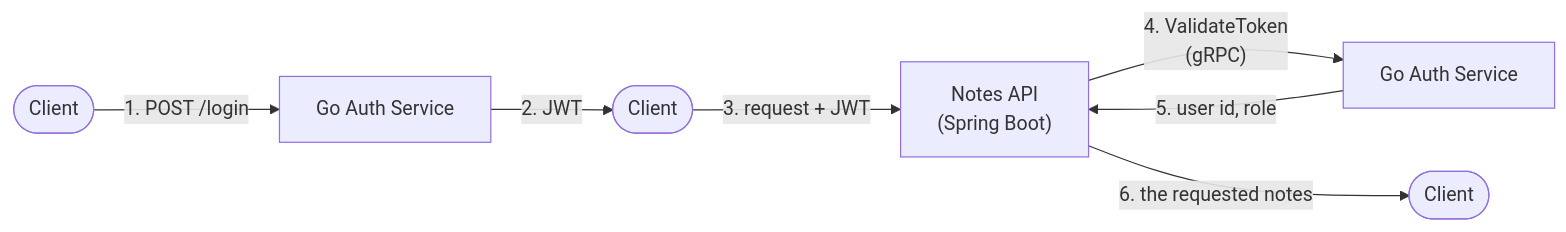
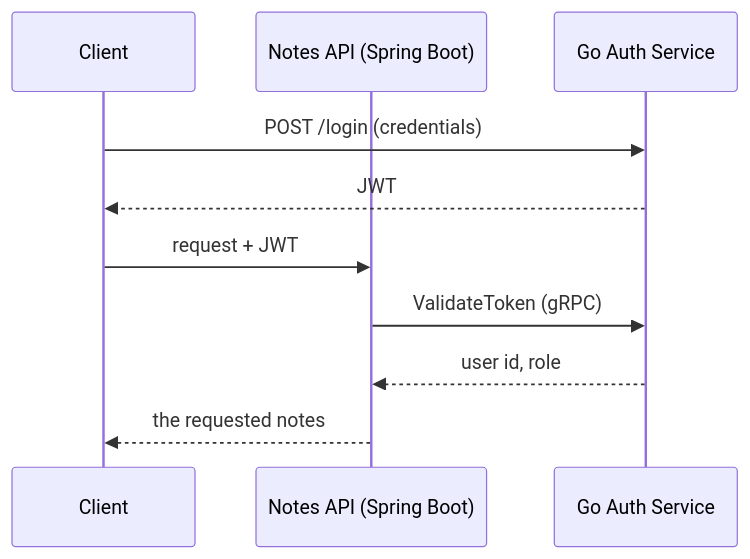
The diagram in README.md (AshrafAhmed9/go-auth-service), drawn with Mermaid before and after one commit. The commit also changed other lines of this file, not shown here.

Commit message:
Revert to a single sequence diagram; the actor-lifeline layout reads clearer than a duplicated-node flowchart

````diff
--- a/README.md
+++ b/README.md
@@ -34,9 +34,13 @@
 ```mermaid
-flowchart LR
-    C1(["Client"]) -->|"1. POST /login"| Go1["Go Auth Service"]
-    Go1 -->|"2. JWT"| C2(["Client"])
-    C2 -->|"3. request + JWT"| Java["Notes API\n(Spring Boot)"]
-    Java -->|"4. ValidateToken\n(gRPC)"| Go2["Go Auth Service"]
-    Go2 -->|"5. user id, role"| Java
-    Java -->|"6. the requested notes"| C3(["Client"])
+sequenceDiagram
+    participant Client
+    participant Java as Notes API (Spring Boot)
+    participant Go as Go Auth Service
+
+    Client->>Go: POST /login (credentials)
+    Go-->>Client: JWT
+    Client->>Java: request + JWT
+    Java->>Go: ValidateToken (gRPC)
+    Go-->>Java: user id, role
+    Java-->>Client: the requested notes
 ```
````
